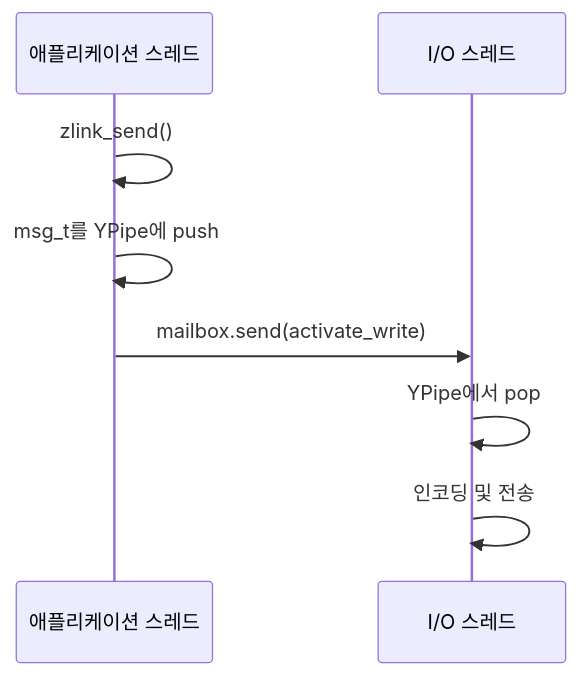
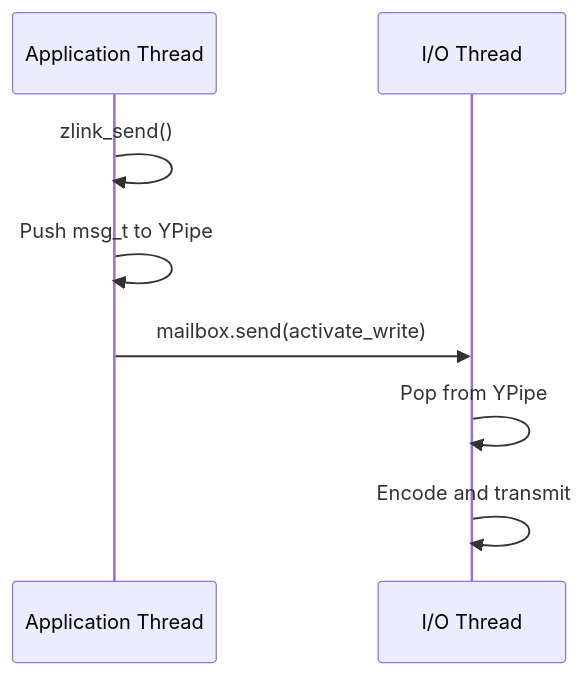
Before and after one commit to kairos-code-dev/zlink: the second of 2 diagrams in doc/internals/threading-model.ko.md, drawn with Mermaid. The commit also changed other lines of this file and 53 other files, not shown here.

````diff
--- a/doc/internals/threading-model.ko.md
+++ b/doc/internals/threading-model.ko.md
@@ -50,10 +50,10 @@
 ```mermaid
 sequenceDiagram
-    participant App as 애플리케이션 스레드
-    participant IOT as I/O 스레드
+    participant App as Application Thread
+    participant IOT as I/O Thread
     App->>App: zlink_send()
-    App->>App: msg_t를 YPipe에 push
+    App->>App: Push msg_t to YPipe
     App->>IOT: mailbox.send(activate_write)
-    IOT->>IOT: YPipe에서 pop
-    IOT->>IOT: 인코딩 및 전송
+    IOT->>IOT: Pop from YPipe
+    IOT->>IOT: Encode and transmit
 ```
````
